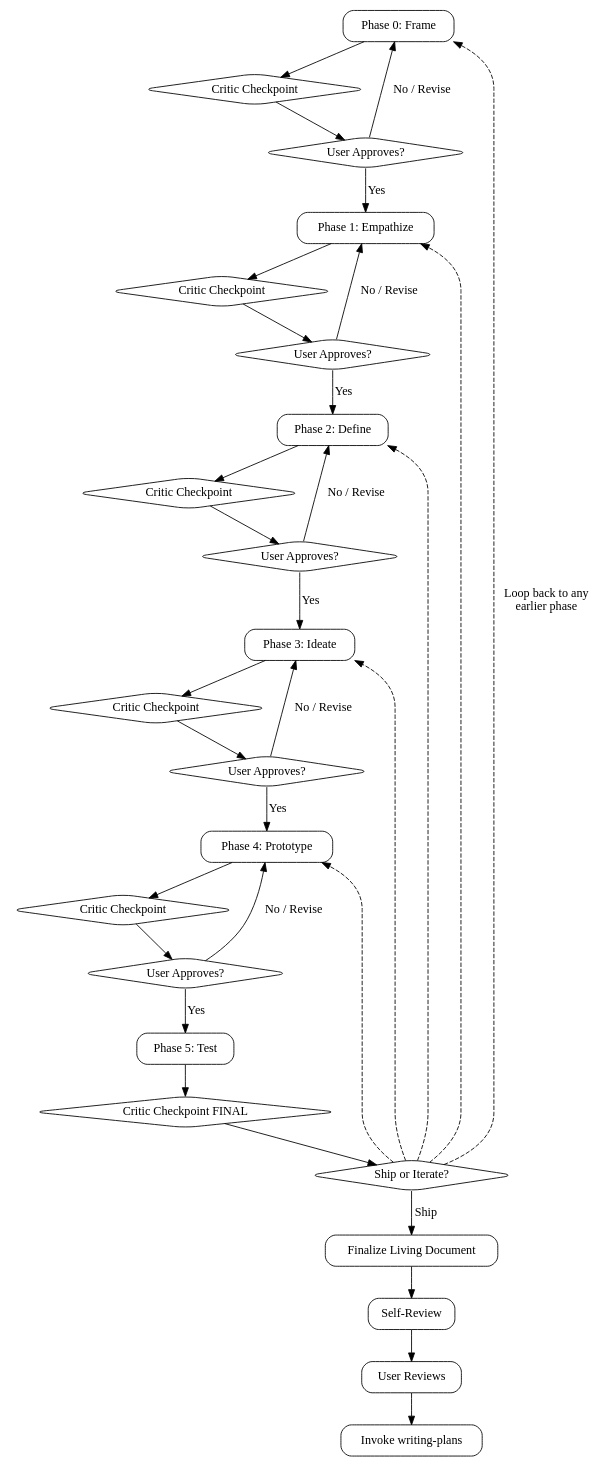
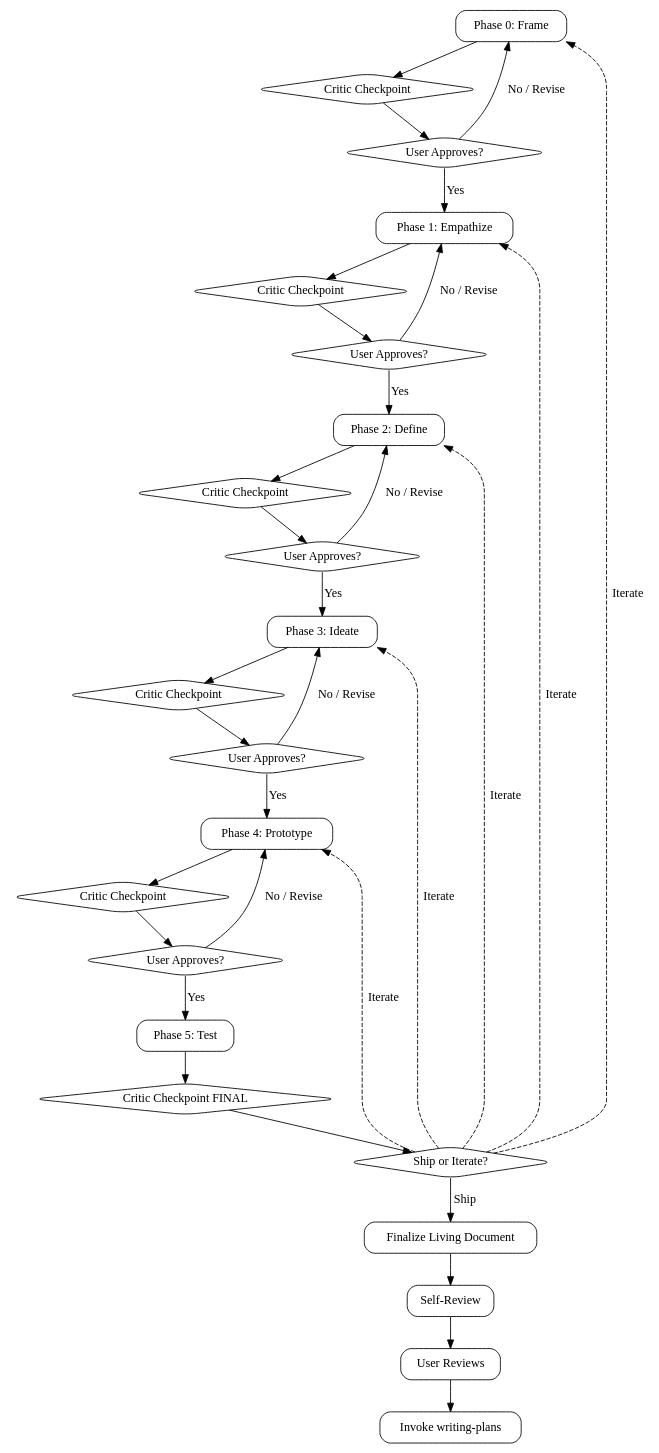
The diagram in SKILL.md (Whyme-Labs/design-thinking), drawn with Graphviz before and after one commit. The commit also changed other lines of this file, not shown here.

Commit message:
fix(design-thinking): fix reference file name, clarify one-question-at-a-time, clean up DOT diagram

````diff
--- a/SKILL.md
+++ b/SKILL.md
@@ -52,65 +52,65 @@
 ```dot
 digraph design_thinking {
     rankdir=TB;
     node [shape=box, style=rounded];
 
     Phase0 [label="Phase 0: Frame"];
     Critic0 [label="Critic Checkpoint", shape=diamond];
     Approve0 [label="User Approves?", shape=diamond];
 
     Phase1 [label="Phase 1: Empathize"];
     Critic1 [label="Critic Checkpoint", shape=diamond];
     Approve1 [label="User Approves?", shape=diamond];
 
     Phase2 [label="Phase 2: Define"];
     Critic2 [label="Critic Checkpoint", shape=diamond];
     Approve2 [label="User Approves?", shape=diamond];
 
     Phase3 [label="Phase 3: Ideate"];
     Critic3 [label="Critic Checkpoint", shape=diamond];
     Approve3 [label="User Approves?", shape=diamond];
 
     Phase4 [label="Phase 4: Prototype"];
     Critic4 [label="Critic Checkpoint", shape=diamond];
     Approve4 [label="User Approves?", shape=diamond];
 
     Phase5 [label="Phase 5: Test"];
     Critic5 [label="Critic Checkpoint FINAL", shape=diamond];
     Ship [label="Ship or Iterate?", shape=diamond];
 
     Finalize [label="Finalize Living Document"];
     SelfReview [label="Self-Review"];
     UserReviews [label="User Reviews"];
     WritingPlans [label="Invoke writing-plans"];
 
     Phase0 -> Critic0 -> Approve0;
     Approve0 -> Phase1 [label="Yes"];
     Approve0 -> Phase0 [label="No / Revise"];
 
     Phase1 -> Critic1 -> Approve1;
     Approve1 -> Phase2 [label="Yes"];
     Approve1 -> Phase1 [label="No / Revise"];
 
     Phase2 -> Critic2 -> Approve2;
     Approve2 -> Phase3 [label="Yes"];
     Approve2 -> Phase2 [label="No / Revise"];
 
     Phase3 -> Critic3 -> Approve3;
     Approve3 -> Phase4 [label="Yes"];
     Approve3 -> Phase3 [label="No / Revise"];
 
     Phase4 -> Critic4 -> Approve4;
     Approve4 -> Phase5 [label="Yes"];
     Approve4 -> Phase4 [label="No / Revise"];
 
     Phase5 -> Critic5 -> Ship;
     Ship -> Finalize [label="Ship"];
-    Ship -> Phase0 [label="Loop back to any\nearlier phase", style=dashed];
-    Ship -> Phase1 [style=dashed];
-    Ship -> Phase2 [style=dashed];
-    Ship -> Phase3 [style=dashed];
-    Ship -> Phase4 [style=dashed];
+    Ship -> Phase0 [label="Iterate", style=dashed];
+    Ship -> Phase1 [label="Iterate", style=dashed];
+    Ship -> Phase2 [label="Iterate", style=dashed];
+    Ship -> Phase3 [label="Iterate", style=dashed];
+    Ship -> Phase4 [label="Iterate", style=dashed];
 
     Finalize -> SelfReview -> UserReviews -> WritingPlans;
 }
 ```
````
